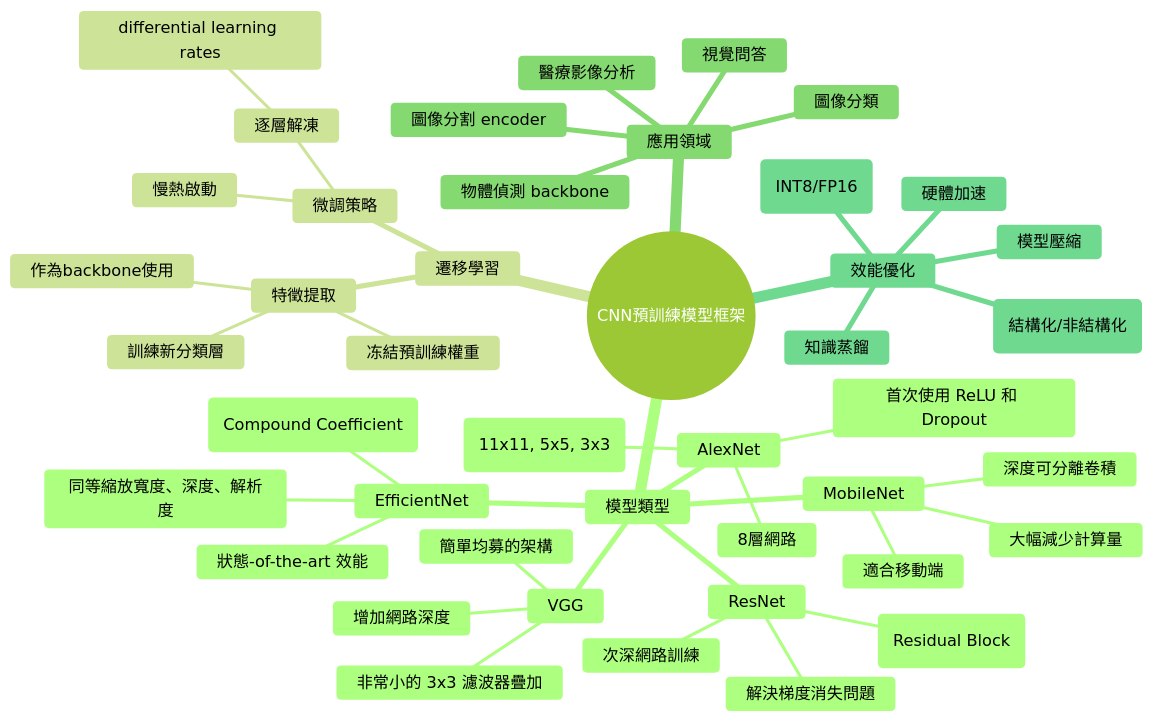
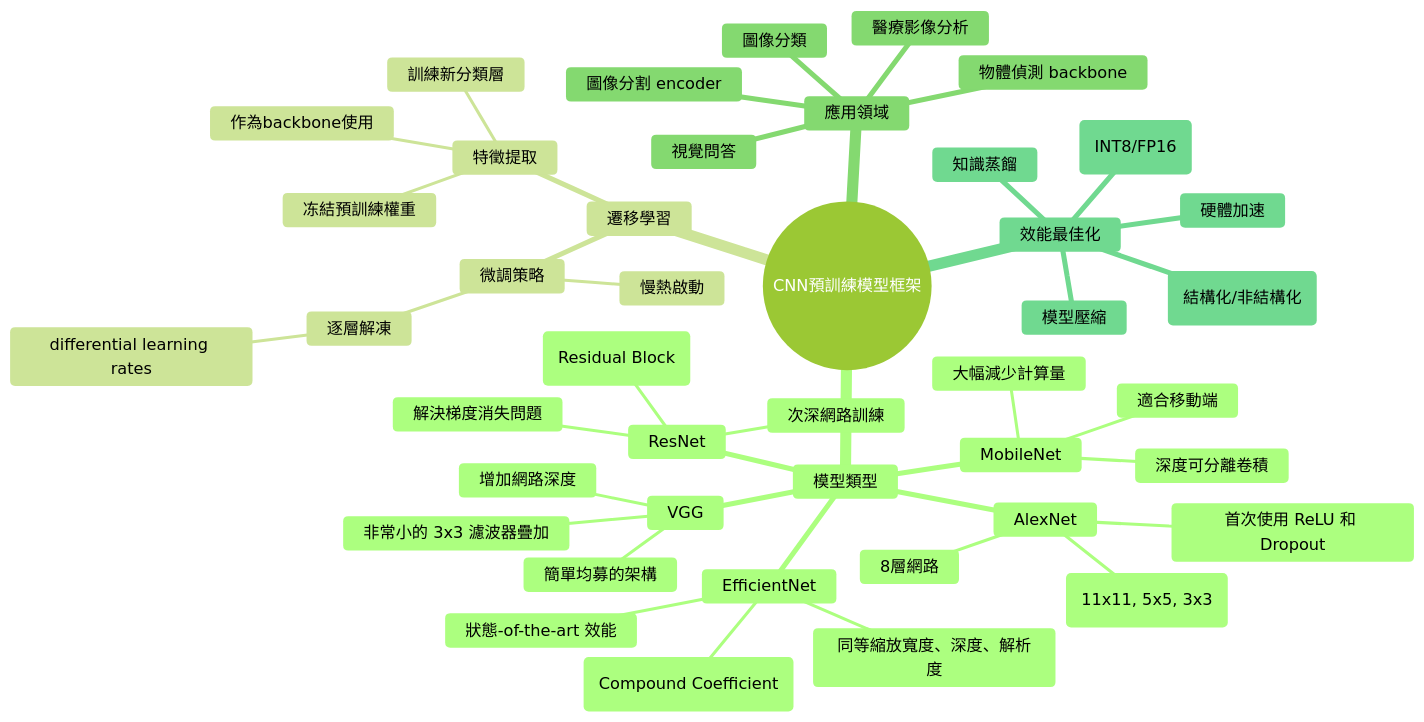
Before and after one commit to xansxuss/OBSIDIAN_NOTES: the diagram in LLM_Wiki/wiki/AI_system/deep-learning-cnn-pretraining-framework.md, drawn with Mermaid (forest theme). The commit also changed other lines of this file and 288 other files, not shown here.

````diff
--- a/LLM_Wiki/wiki/AI_system/deep-learning-cnn-pretraining-framework.md
+++ b/LLM_Wiki/wiki/AI_system/deep-learning-cnn-pretraining-framework.md
@@ -27,46 +41,46 @@
 ```mermaid
 mindmap
   root((CNN預訓練模型框架))
     模型類型
       AlexNet
         8層網路
         大尺寸濾波器 (11x11, 5x5, 3x3)
         首次使用 ReLU 和 Dropout
       VGG
         非常小的 3x3 濾波器疊加
         增加網路深度
         簡單均募的架構
       ResNet
         殘差塊 (Residual Block)
         解決梯度消失問題
         次深網路訓練
       MobileNet
         深度可分離卷積
         大幅減少計算量
         適合移動端
       EfficientNet
         複合係數 (Compound Coefficient)
         同等縮放寬度、深度、解析度
         狀態-of-the-art 效能
     遷移學習
       特徵提取
         作為backbone使用
         冻結預訓練權重
         訓練新分類層
       微調策略
         逐層解凍
          differential learning rates
         慢熱啟動
     應用領域
       圖像分類
       物體偵測 backbone
       圖像分割 encoder
       視覺問答
       醫療影像分析
-    效能優化
+    效能最佳化
       量化 (INT8/FP16)
       裁剪 (結構化/非結構化)
       知識蒸餾
       模型壓縮
       硬體加速
 ```
````
